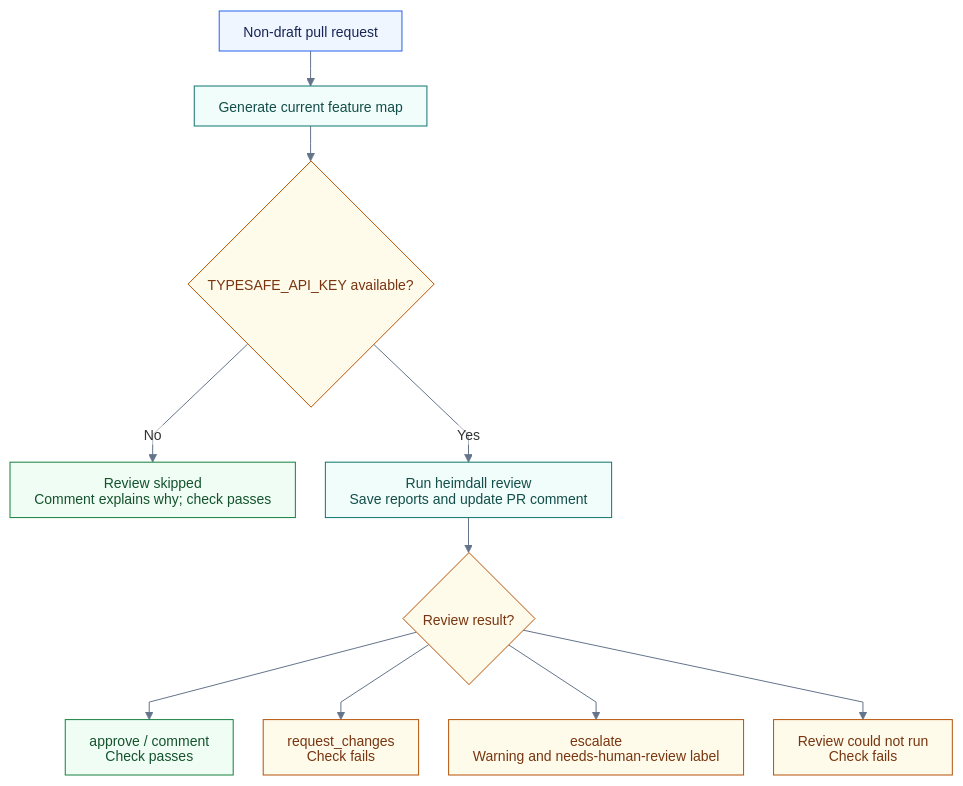
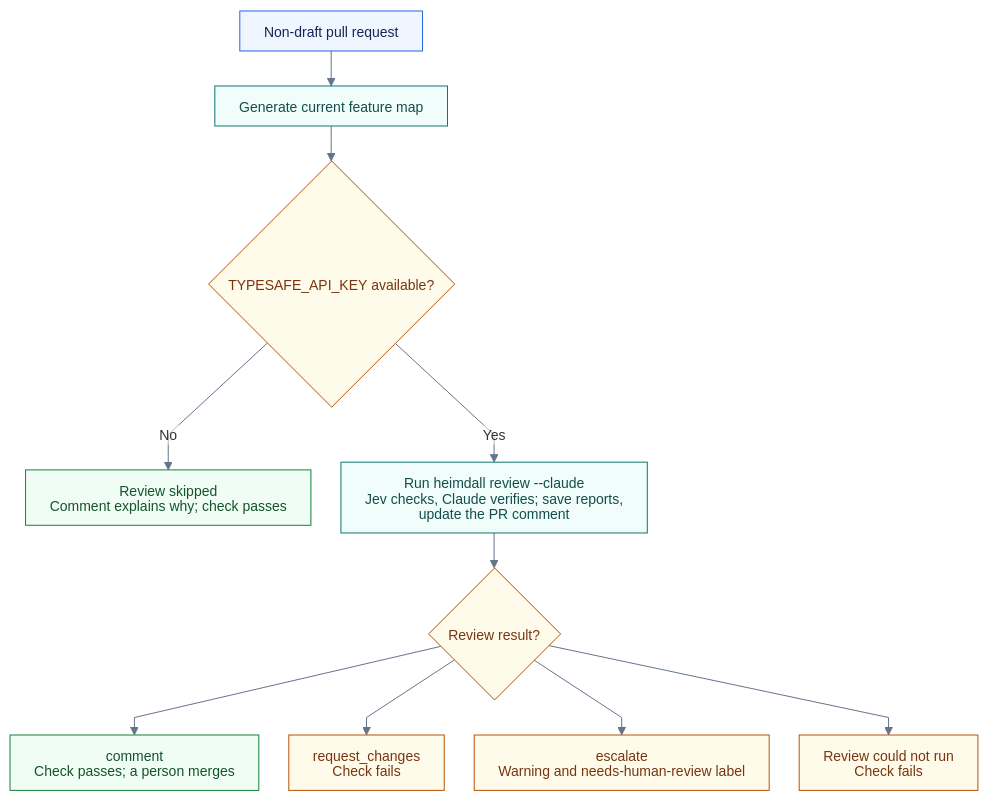
The diagram in docs/diagrams/ci-review.mmd (mrrasmussendk/pfa-api), drawn with Mermaid before and after one commit. The commit also changed 35 other files, not shown here.

```diff
--- a/docs/diagrams/ci-review.mmd
+++ b/docs/diagrams/ci-review.mmd
@@ -1,24 +1,24 @@
 %%{init: {"theme": "base", "themeVariables": {"fontFamily": "Arial, sans-serif", "fontSize": "14px", "lineColor": "#64748b", "edgeLabelBackground": "#ffffff", "clusterBkg": "#f8fafc", "clusterBorder": "#cbd5e1"}, "htmlLabels": false, "flowchart": {"htmlLabels": false, "curve": "linear", "nodeSpacing": 30, "rankSpacing": 35, "padding": 12, "wrappingWidth": 260}}}%%
 flowchart TB
     accTitle: PR review workflow outcomes
     pr["Non-draft pull request"]:::input
     map["Generate current feature map"]:::process
     key{"TYPESAFE_API_KEY available?"}:::decision
     skipped["Review skipped<br/>Comment explains why; check passes"]:::output
-    run["Run heimdall review<br/>Save reports and update PR comment"]:::process
+    run["Run heimdall review --claude<br/>Jev checks, Claude verifies; save reports, update the PR comment"]:::process
     outcome{"Review result?"}:::decision
-    pass["approve / comment<br/>Check passes"]:::output
+    pass["comment<br/>Check passes; a person merges"]:::output
     fail["request_changes<br/>Check fails"]:::decision
     human["escalate<br/>Warning and needs-human-review label"]:::decision
     error["Review could not run<br/>Check fails"]:::decision
     pr --> map --> key
     key -->|No| skipped
     key -->|Yes| run --> outcome
     outcome --> pass
     outcome --> fail
     outcome --> human
     outcome --> error
     classDef input fill:#eff6ff,stroke:#2563eb,color:#172554
     classDef process fill:#f0fdfa,stroke:#0f766e,color:#134e4a
     classDef decision fill:#fffbeb,stroke:#b45309,color:#78350f
     classDef output fill:#f0fdf4,stroke:#15803d,color:#14532d
```
